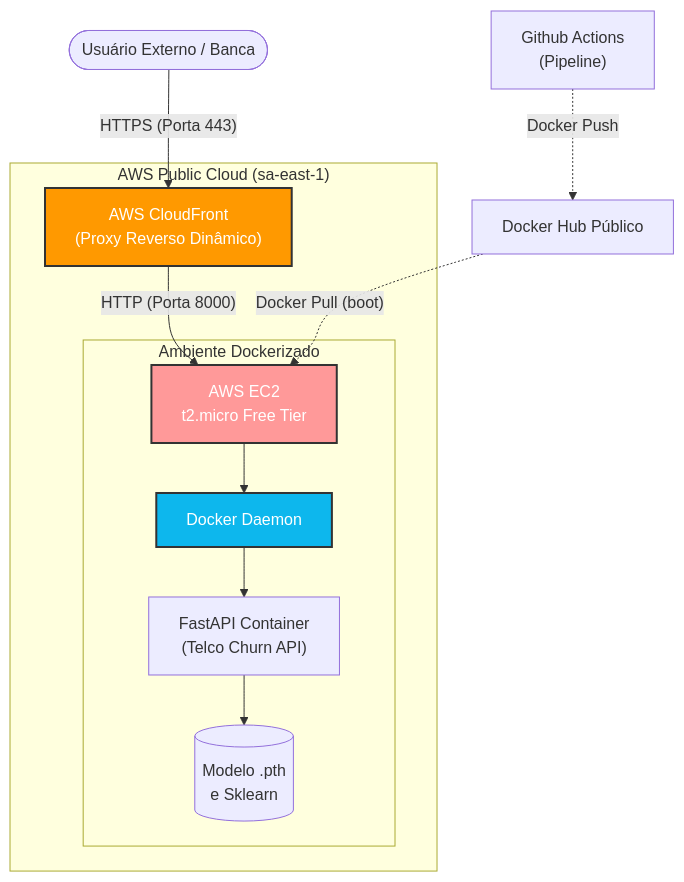
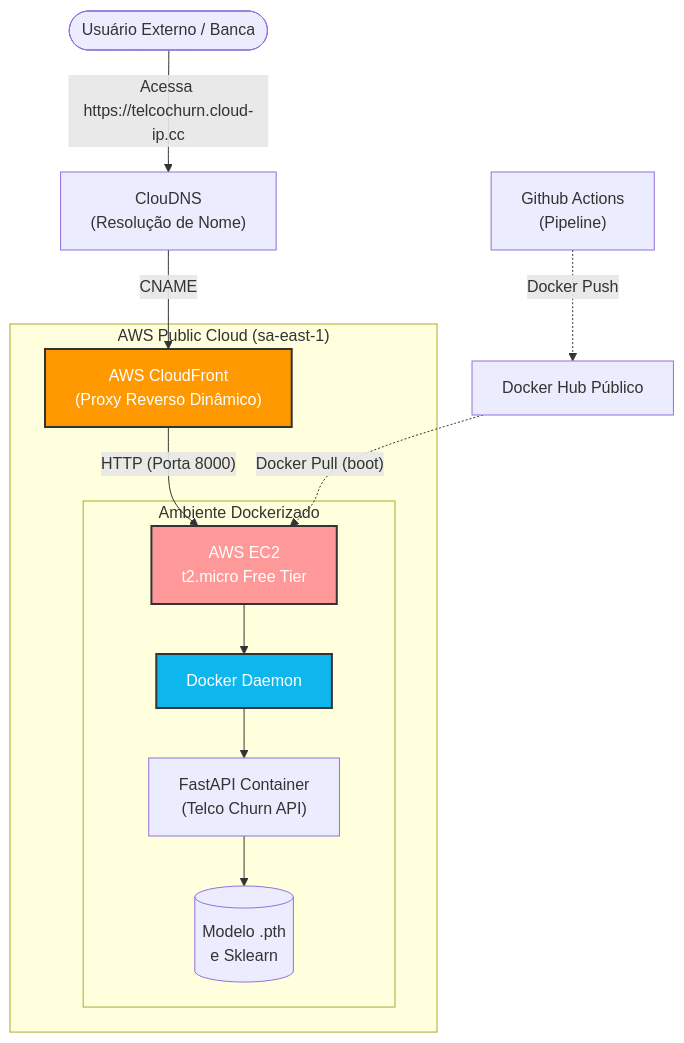
Before and after one commit to fiap-postech-9mlet-grupo85/tech-challenge-fase01: the diagram in docs/infrastructure.md, drawn with Mermaid. The commit also changed other lines of this file and 1 other file, not shown here.

Commit message:
docs: update infrastructure documentation to include custom domain configuration via ClouDNS and AWS ACM

````diff
--- a/docs/infrastructure.md
+++ b/docs/infrastructure.md
@@ -7,21 +7,22 @@
 ```mermaid
 flowchart TD
-    User(["Usuário Externo / Banca"]) -->|"HTTPS (Porta 443)"| CF["AWS CloudFront\n(Proxy Reverso Dinâmico)"]
+    User(["Usuário Externo / Banca"]) -->|"Acessa https://telcochurn.cloud-ip.cc"| DNS["ClouDNS\n(Resolução de Nome)"]
+    DNS -->|"CNAME"| CF["AWS CloudFront\n(Proxy Reverso Dinâmico)"]
     
     subgraph "AWS Public Cloud (sa-east-1)"
         CF -->|"HTTP (Porta 8000)"| EC2["AWS EC2\nt2.micro Free Tier"]
         
         subgraph "Ambiente Dockerizado"
             EC2 --> Docker["Docker Daemon"]
             Docker --> FastAPI["FastAPI Container\n(Telco Churn API)"]
             FastAPI --> Model[("Modelo .pth\ne Sklearn")]
         end
     end
     
     GH["Github Actions\n(Pipeline)"] -.->|"Docker Push"| DH["Docker Hub Público"]
     DH -.->|"Docker Pull (boot)"| EC2
     
     style CF fill:#f90,stroke:#333,stroke-width:2px,color:#fff
     style EC2 fill:#f99,stroke:#333,stroke-width:2px,color:#fff
     style Docker fill:#0db7ed,stroke:#333,stroke-width:2px,color:#fff
 ```
````
